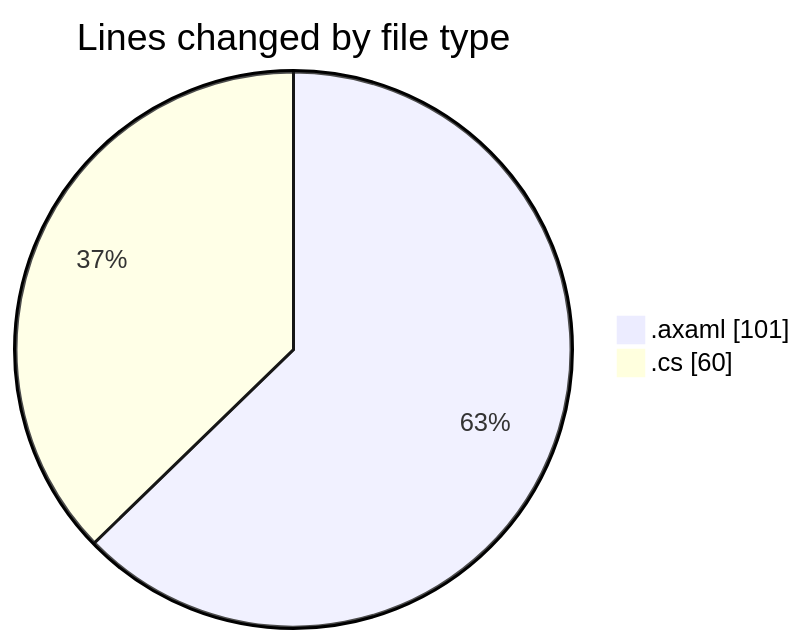
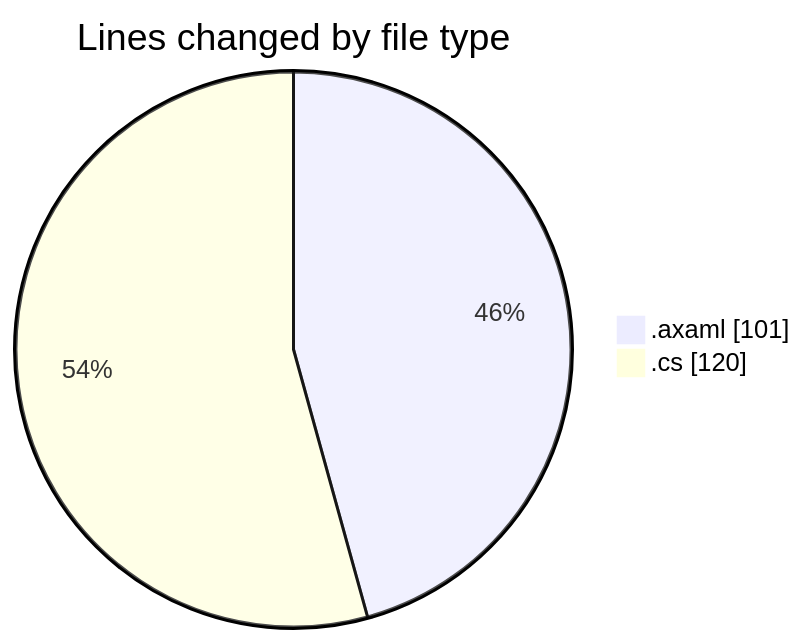
The first of 2 diagrams in 2025-10-30/skintrack/README.md (Netris89/code-tracking), drawn with Mermaid before and after one commit. The commit also changed other lines of this file and 1 other file, not shown here.

````diff
--- a/2025-10-30/skintrack/README.md
+++ b/2025-10-30/skintrack/README.md
@@ -21,6 +23,6 @@
 ```mermaid
 pie showData
 title Lines changed by file type
 ".axaml" : 101
-".cs" : 60
+".cs" : 120
 ```
````
